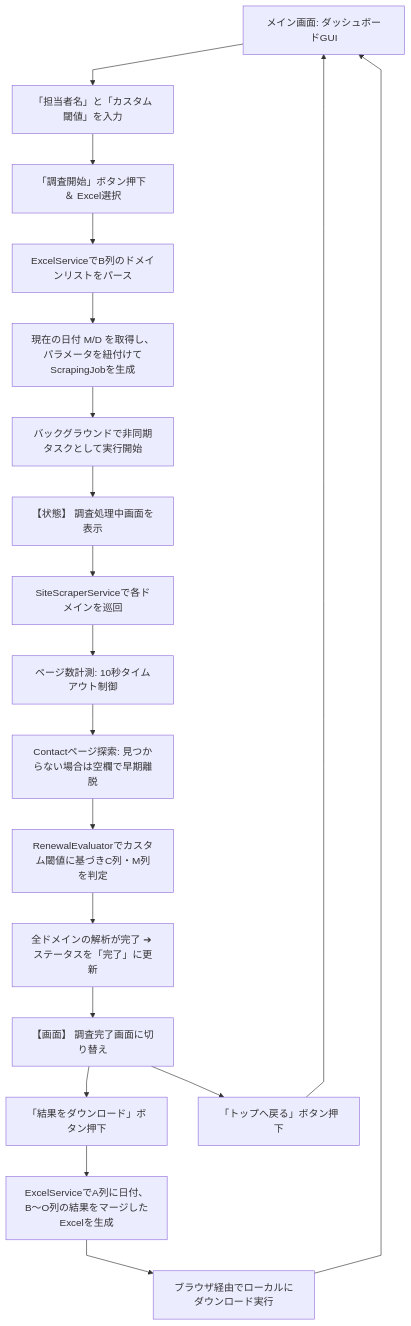
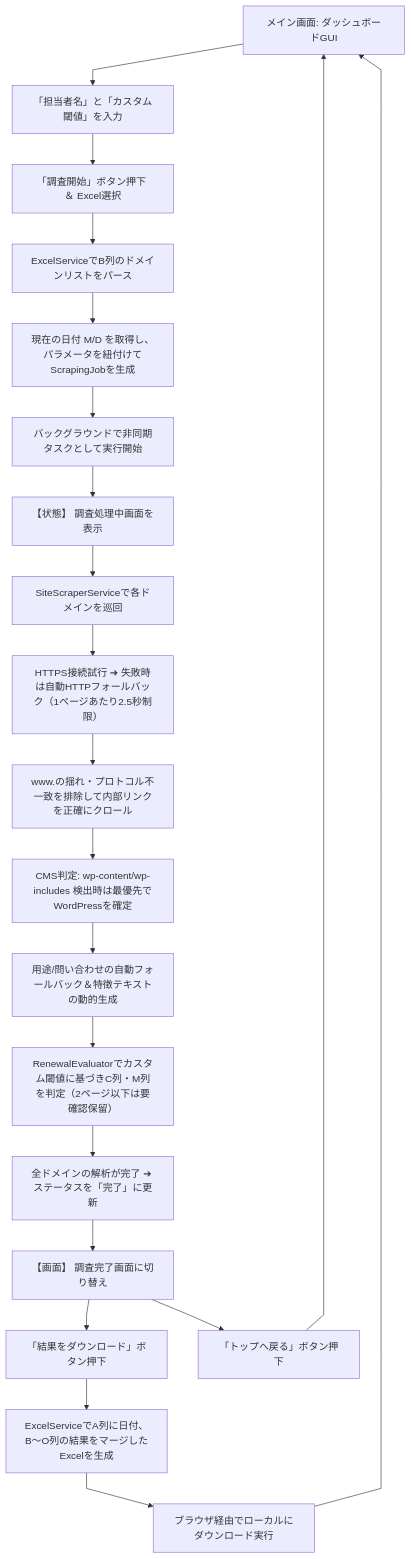
One commit to shim369/Python-Web-Analyzer changed the diagram in docs/screen_transition.md. Above: the diagram before and after it, drawn with Mermaid. The commit also changed other lines of this file and 5 other files, not shown here.

````diff
--- a/docs/screen_transition.md
+++ b/docs/screen_transition.md
@@ -5,31 +5,34 @@
 ```mermaid
 %%{init: {'flowchart': {'curve': 'linear'}}}%%
 flowchart TD
     A[メイン画面: ダッシュボードGUI]
 
     %% --- 1. 調査実行フロー ---
     A --> B[「担当者名」と「カスタム閾値」を入力]
     B --> C[「調査開始」ボタン押下 ＆ Excel選択]
     C --> D[ExcelServiceでB列のドメインリストをパース]
     D --> E[現在の日付 M/D を取得し、パラメータを紐付けてScrapingJobを生成]
     E --> F[バックグラウンドで非同期タスクとして実行開始]
     F --> G[【状態】 調査処理中画面を表示]
 
     %% --- 2. バックグラウンド処理フロー ---
     G --> H[SiteScraperServiceで各ドメインを巡回]
-    H --> I[ページ数計測: 10秒タイムアウト制御]
-    I --> J[Contactページ探索: 見つからない場合は空欄で早期離脱]
-    J --> K[RenewalEvaluatorでカスタム閾値に基づきC列・M列を判定]
-    K --> L[全ドメインの解析が完了 ➔ ステータスを「完了」に更新]
-    L --> M[【画面】 調査完了画面に切り替え]
+    H --> I[HTTPS接続試行 ➔ 失敗時は自動HTTPフォールバック（1ページあたり2.5秒制限）]
+    I --> J[www.の揺れ・プロトコル不一致を排除して内部リンクを正確にクロール]
+    J --> K[CMS判定: wp-content/wp-includes 検出時は最優先でWordPressを確定]
+    K --> L[用途/問い合わせの自動フォールバック＆特徴テキストの動的生成]
+    L --> M[RenewalEvaluatorでカスタム閾値に基づきC列・M列を判定（2ページ以下は要確認保留）]
+    M --> N[全ドメインの解析が完了 ➔ ステータスを「完了」に更新]
+    N --> O[【画面】 調査完了画面に切り替え]
 
     %% --- 3. ダウンロードフロー ---
-    M --> N[「結果をダウンロード」ボタン押下]
-    N --> O[ExcelServiceでA列に日付、B〜O列の結果をマージしたExcelを生成]
-    O --> P[ブラウザ経由でローカルにダウンロード実行]
-    P --> A
+    O --> P[「結果をダウンロード」ボタン押下]
+    P --> Q[ExcelServiceでA列に日付、B〜O列の結果をマージしたExcelを生成]
+    Q --> R[ブラウザ経由でローカルにダウンロード実行]
+    R --> A
 
     %% --- 4. トップへ戻るフロー ---
-    M --> Q[「トップへ戻る」ボタン押下]
-    Q --> A
+    O --> S[「トップへ戻る」ボタン押下]
+    S --> A
+
 ```
````
